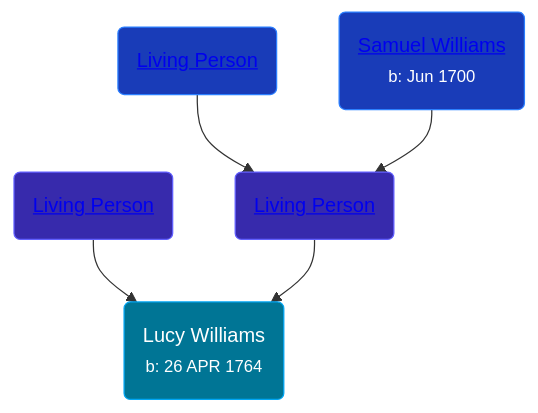
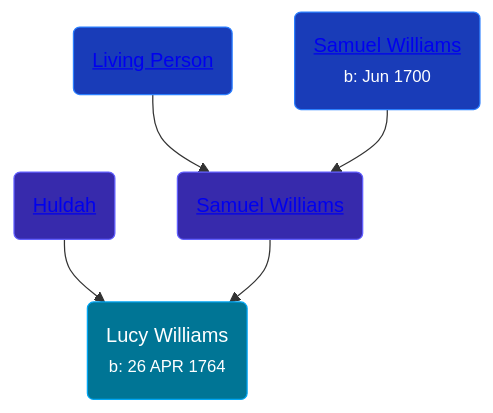
Before and after one commit to wpmgotkh/wpmgotkh.github.io: the diagram in pages/people/3/30981683.md, drawn with Mermaid. The commit also changed other lines of this file and 586 other files, not shown here.

Commit message:
feat: better shouldConsiderPersonLiving algo

````diff
--- a/pages/people/3/30981683.md
+++ b/pages/people/3/30981683.md
@@ -10,11 +10,11 @@
 ```mermaid
 graph
 classDef grands fill:#193cb8,stroke:#2b7fff,stroke-width:1px,color:#fff;
 classDef parents fill:#372aac,stroke:#615fff,stroke-width:1px,color:#fff;
 classDef primary fill:#007595,stroke:#00a6f4,stroke-width:1px,color:#fff;
 30981683(Lucy Williams<br /><small>b: 26 APR 1764</small>):::primary
-62871690(<a class="text-white" href="/people/6/62871690">Living Person</a>):::parents-->30981683
-55971024(<a class="text-white" href="/people/5/55971024">Living Person</a>):::parents-->30981683
+62871690(<a class="text-white" href="/people/6/62871690">Huldah </a>):::parents-->30981683
+55971024(<a class="text-white" href="/people/5/55971024">Samuel Williams</a>):::parents-->30981683
 27215076(<a class="text-white" href="/people/2/27215076">Living Person</a>):::grands-->55971024
 90108080(<a class="text-white" href="/people/9/90108080">Samuel Williams</a><br /><small>b: Jun 1700</small>):::grands-->55971024
 ```
````
